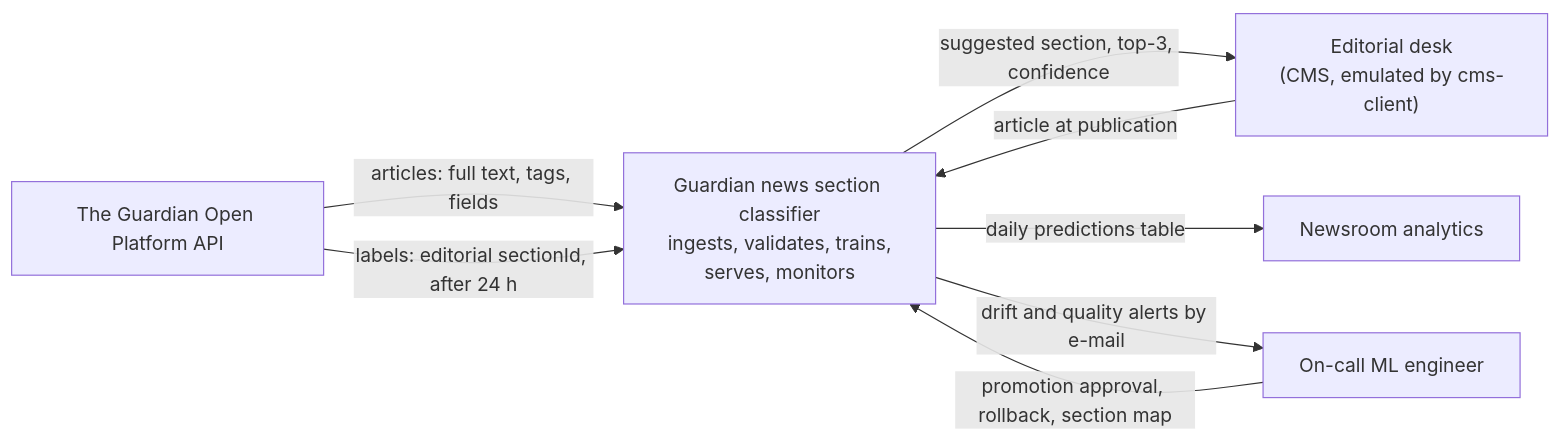
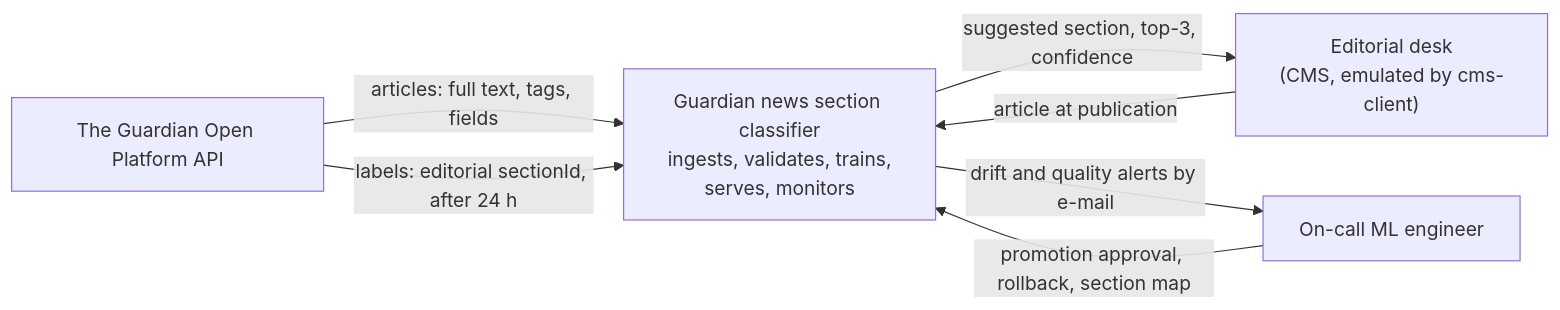
One commit to anechytailenko/mlops_course_repo changed the first of 3 diagrams in docs/design.md. Above: the diagram before and after it, drawn with Mermaid. The commit also changed other lines of this file and 7 other files, not shown here.

````diff
--- a/docs/design.md
+++ b/docs/design.md
@@ -251,11 +290,10 @@
 ```mermaid
 flowchart LR
   GU["The Guardian Open Platform API"] -->|"articles: full text, tags, fields"| SYS
   GU -->|"labels: editorial sectionId, after 24 h"| SYS
   SYS["Guardian news section classifier<br/>ingests, validates, trains,<br/>serves, monitors"]
   CMS["Editorial desk<br/>(CMS, emulated by cms-client)"] -->|"article at publication"| SYS
   SYS -->|"suggested section, top-3, confidence"| CMS
-  SYS -->|"daily predictions table"| AN["Newsroom analytics"]
   SYS -->|"drift and quality alerts by e-mail"| OC["On-call ML engineer"]
   OC -->|"promotion approval, rollback, section map"| SYS
 ```
````
